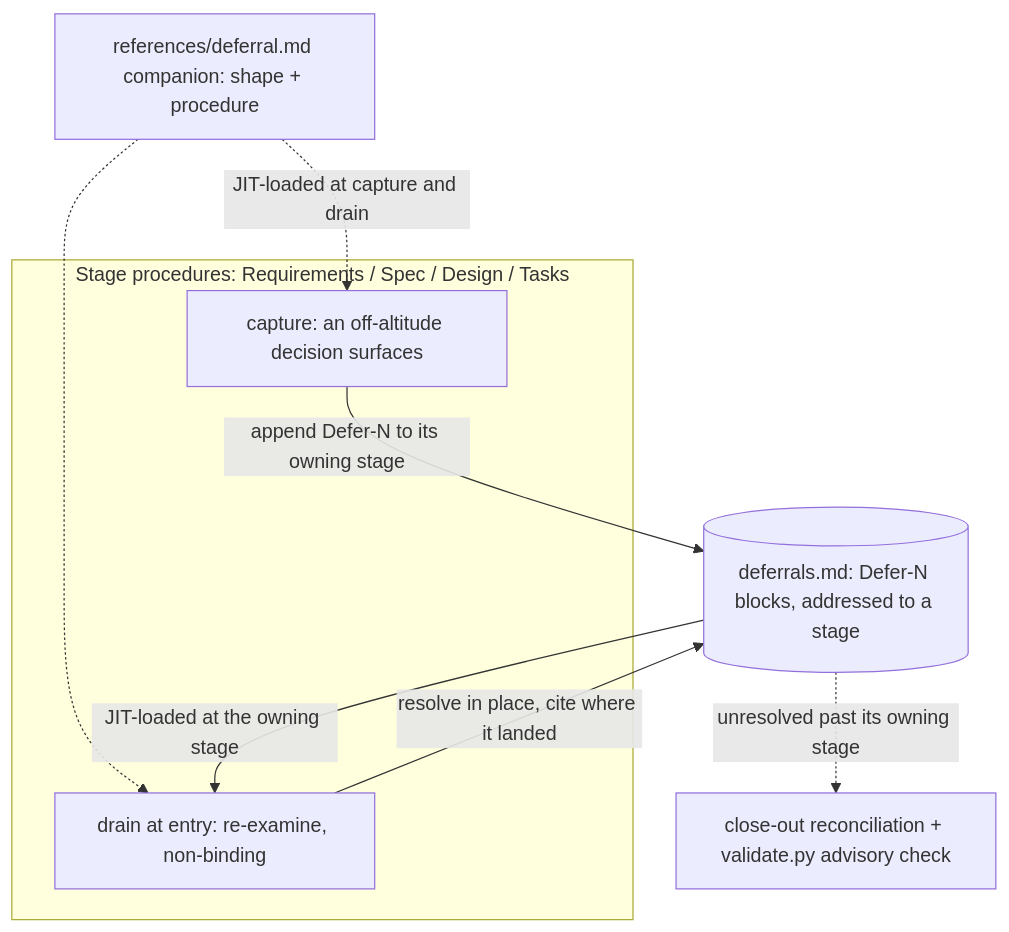
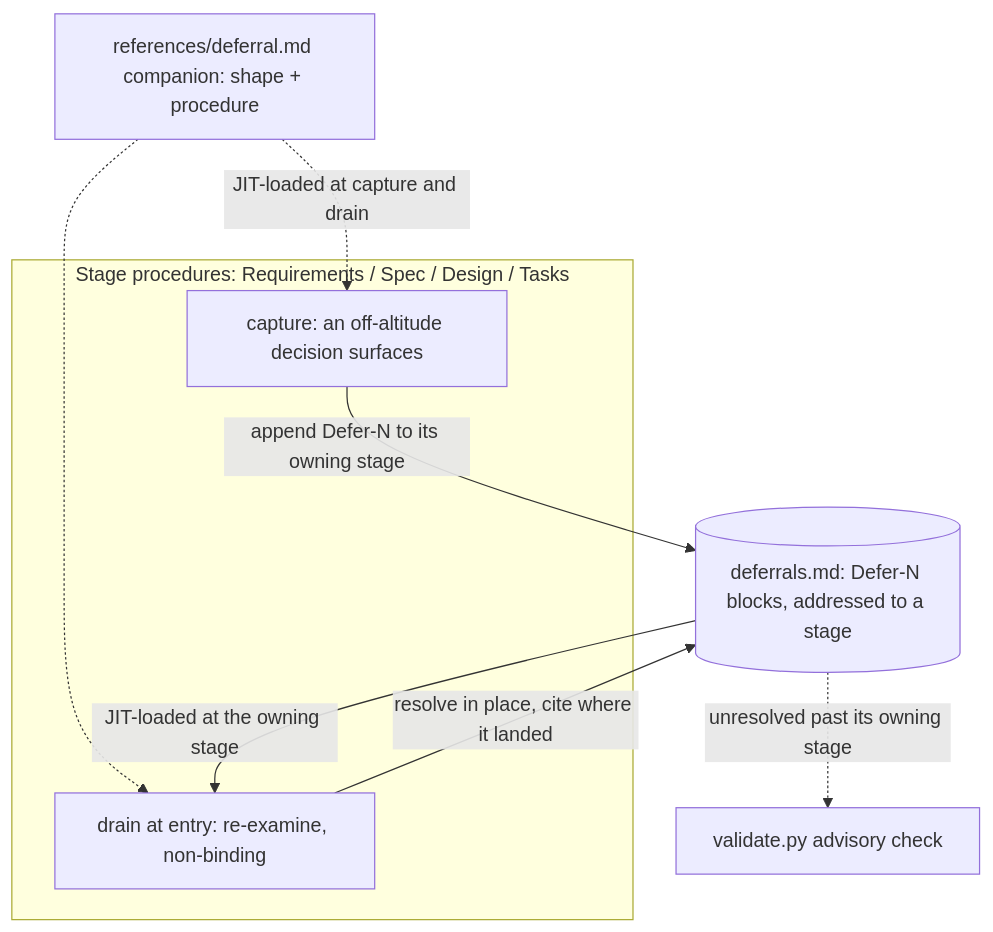
One commit to mynghn/leanplan changed the diagram in docs/features/260623-deferral-lane/design.md. Above: the diagram before and after it, drawn with Mermaid. The commit also changed other lines of this file and 10 other files, not shown here.

````diff
--- a/docs/features/260623-deferral-lane/design.md
+++ b/docs/features/260623-deferral-lane/design.md
@@ -7,17 +7,17 @@
 ```mermaid
 flowchart TB
     subgraph SP [Stage procedures: Requirements / Spec / Design / Tasks]
         CAP[capture: an off-altitude decision surfaces]
         DR[drain at entry: re-examine, non-binding]
     end
     DEF["references/deferral.md companion: shape + procedure"]
     LANE[("deferrals.md: Defer-N blocks, addressed to a stage")]
-    REC["close-out reconciliation + validate.py advisory check"]
+    REC["validate.py advisory check"]
 
     DEF -. JIT-loaded at capture and drain .-> CAP
     DEF -.-> DR
     CAP -- append Defer-N to its owning stage --> LANE
     LANE -- JIT-loaded at the owning stage --> DR
     DR -- resolve in place, cite where it landed --> LANE
     LANE -. unresolved past its owning stage .-> REC
 ```
````
